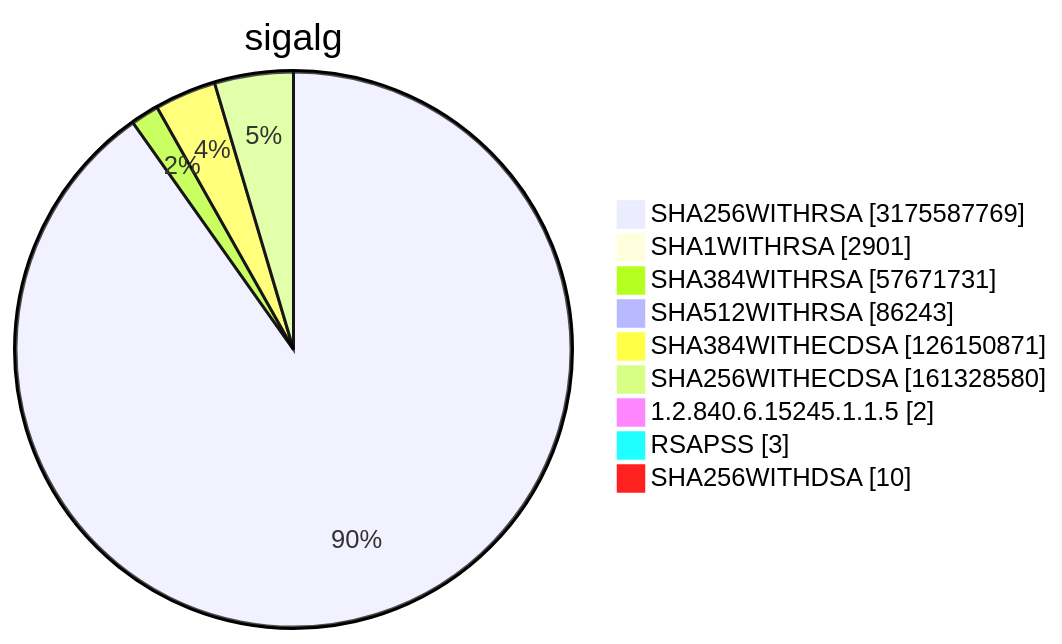
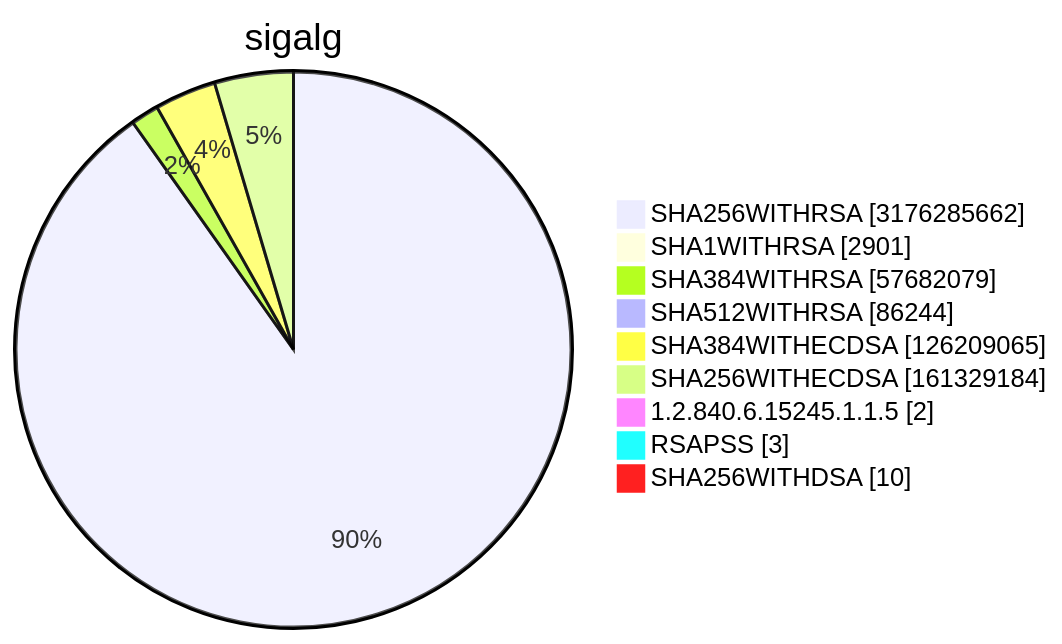
Diagram 15 of 15 in TOTAL/README.md (christiankrug/ctmonitor_visualization), drawn with Mermaid before and after one commit. The commit also changed other lines of this file, not shown here.

````diff
--- a/TOTAL/README.md
+++ b/TOTAL/README.md
@@ -6215,13 +6215,13 @@
 ```mermaid
 pie showData
 title sigalg
-"SHA256WITHRSA" :3175587769
+"SHA256WITHRSA" :3176285662
 "SHA1WITHRSA" :2901
-"SHA384WITHRSA" :57671731
-"SHA512WITHRSA" :86243
-"SHA384WITHECDSA" :126150871
-"SHA256WITHECDSA" :161328580
+"SHA384WITHRSA" :57682079
+"SHA512WITHRSA" :86244
+"SHA384WITHECDSA" :126209065
+"SHA256WITHECDSA" :161329184
 "1.2.840.6.15245.1.1.5" :2
 "RSAPSS" :3
 "SHA256WITHDSA" :10
 ```
````
